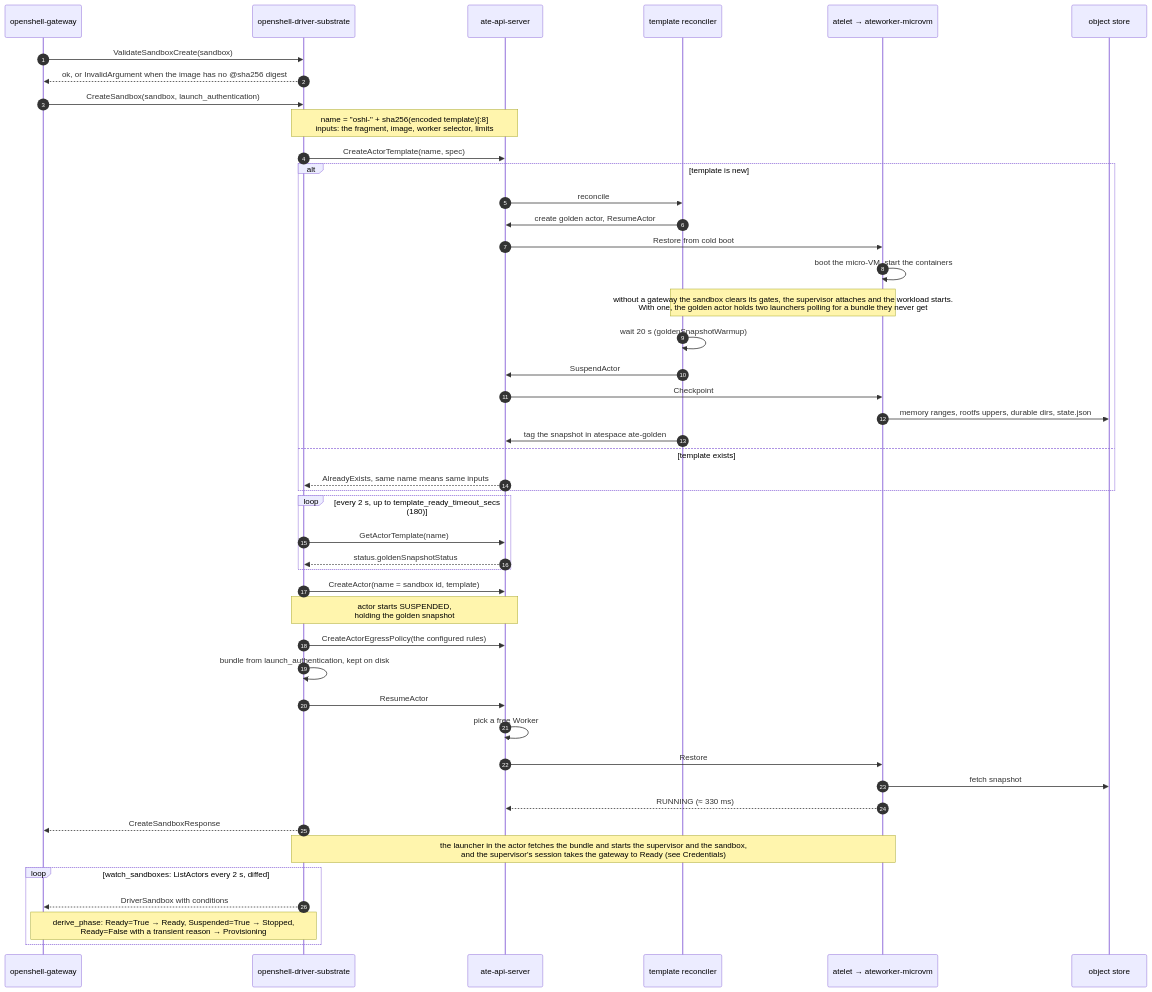
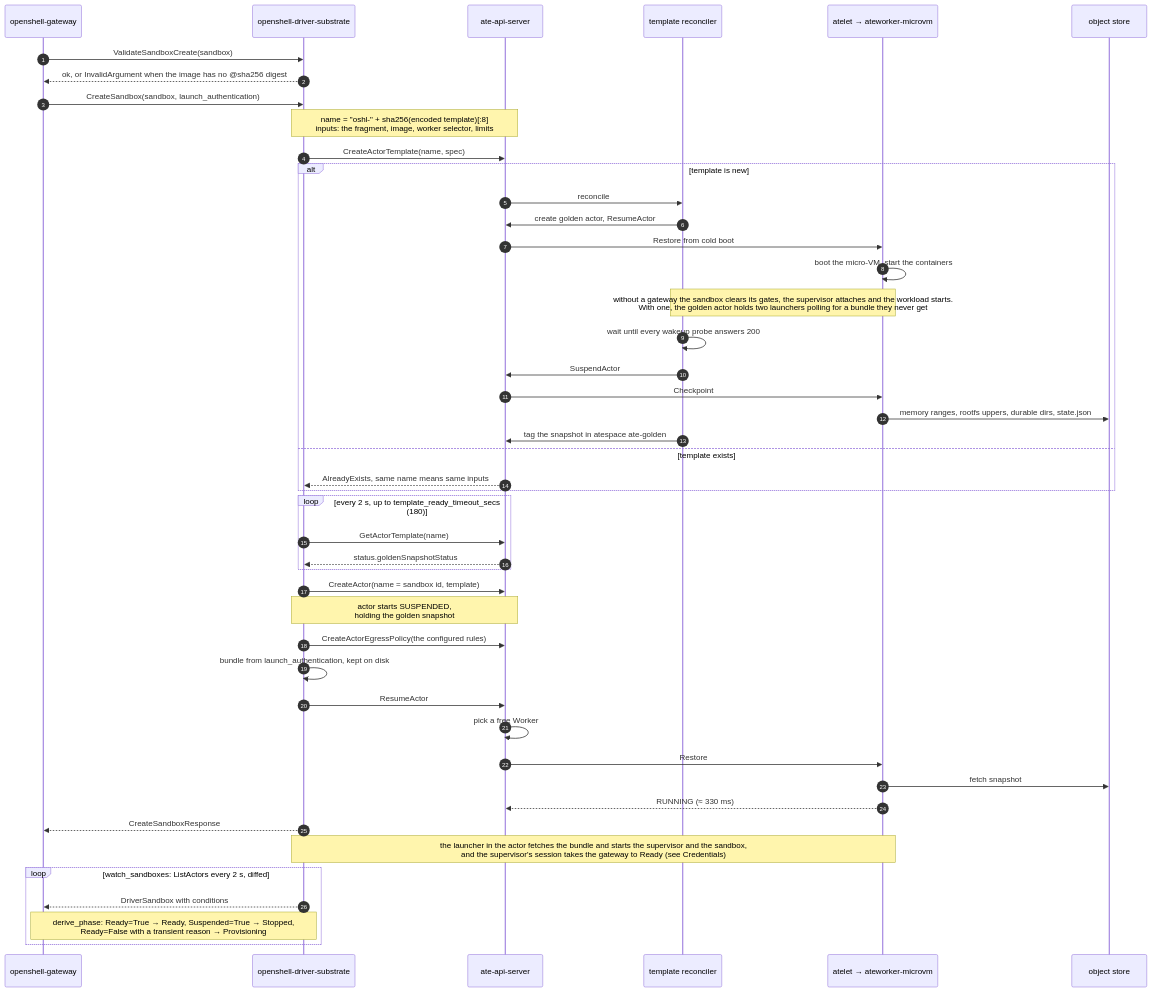
Before and after one commit to dims/openshell-driver-substrate: the fourth of 8 diagrams in docs/architecture.md, drawn with Mermaid. The commit also changed other lines of this file and 10 other files, not shown here.

````diff
--- a/docs/architecture.md
+++ b/docs/architecture.md
@@ -402,49 +408,49 @@
 ```mermaid
 sequenceDiagram
   autonumber
   participant GW as openshell-gateway
   participant D as openshell-driver-substrate
   participant API as ate-api-server
   participant R as template reconciler
   participant W as atelet → ateworker-microvm
   participant S as object store
 
   GW->>D: ValidateSandboxCreate(sandbox)
   D-->>GW: ok, or InvalidArgument when the image has no @sha256 digest
   GW->>D: CreateSandbox(sandbox, launch_authentication)
   Note over D,API: name = "oshl-" + sha256(encoded template)[:8]<br/>inputs: the fragment, image, worker selector, limits
   D->>API: CreateActorTemplate(name, spec)
   alt template is new
     API->>R: reconcile
     R->>API: create golden actor, ResumeActor
     API->>W: Restore from cold boot
     W->>W: boot the micro-VM, start the containers
     Note over R,W: without a gateway the sandbox clears its gates, the supervisor attaches and the workload starts.<br/>With one, the golden actor holds two launchers polling for a bundle they never get
-    R->>R: wait 20 s (goldenSnapshotWarmup)
+    R->>R: wait until every wakeup probe answers 200
     R->>API: SuspendActor
     API->>W: Checkpoint
     W->>S: memory ranges, rootfs uppers, durable dirs, state.json
     R->>API: tag the snapshot in atespace ate-golden
   else template exists
     API-->>D: AlreadyExists, same name means same inputs
   end
   loop every 2 s, up to template_ready_timeout_secs (180)
     D->>API: GetActorTemplate(name)
     API-->>D: status.goldenSnapshotStatus
   end
   D->>API: CreateActor(name = sandbox id, template)
   Note over D,API: actor starts SUSPENDED,<br/>holding the golden snapshot
   D->>API: CreateActorEgressPolicy(the configured rules)
   D->>D: bundle from launch_authentication, kept on disk
   D->>API: ResumeActor
   API->>API: pick a free Worker
   API->>W: Restore
   W->>S: fetch snapshot
   W-->>API: RUNNING (≈ 330 ms)
   D-->>GW: CreateSandboxResponse
   Note over D,W: the launcher in the actor fetches the bundle and starts the supervisor and the sandbox,<br/>and the supervisor's session takes the gateway to Ready (see Credentials)
   loop watch_sandboxes: ListActors every 2 s, diffed
     D-->>GW: DriverSandbox with conditions
     Note over GW,D: derive_phase: Ready=True → Ready, Suspended=True → Stopped,<br/>Ready=False with a transient reason → Provisioning
   end
 ```
````
